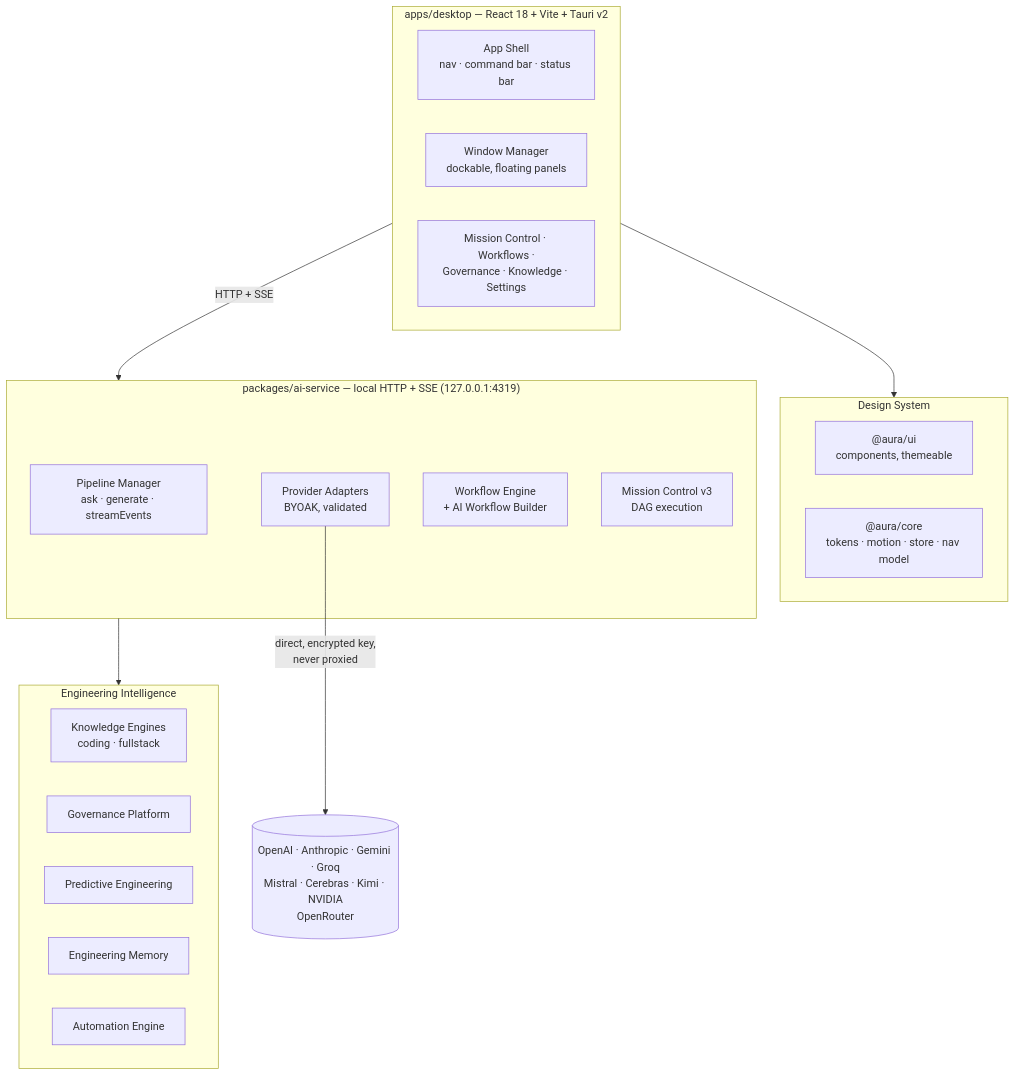
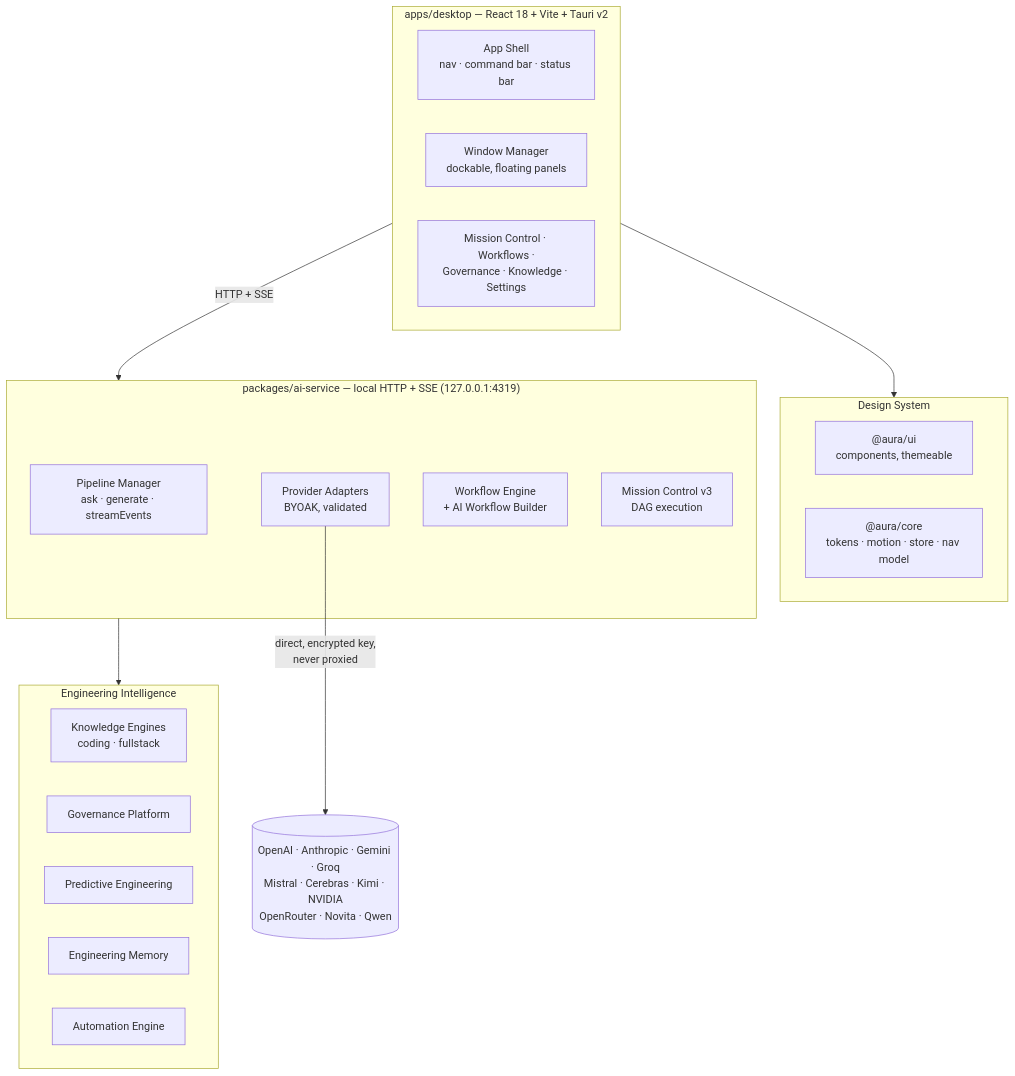
One commit to Aura-hub-ai-native-workspace/aura-hub changed the diagram in README.md. Above: the diagram before and after it, drawn with Mermaid. The commit also changed other lines of this file and 6 other files, not shown here.

````diff
--- a/README.md
+++ b/README.md
@@ -113,35 +113,35 @@
 ```mermaid
 graph TD
     subgraph Desktop["apps/desktop — React 18 + Vite + Tauri v2"]
         Shell["App Shell<br/>nav · command bar · status bar"]
         Workspace["Window Manager<br/>dockable, floating panels"]
         Screens["Mission Control · Workflows ·<br/>Governance · Knowledge · Settings"]
     end
 
     subgraph Design["Design System"]
         UI["@aura/ui<br/>components, themeable"]
         Core["@aura/core<br/>tokens · motion · store · nav model"]
     end
 
     subgraph Backend["packages/ai-service — local HTTP + SSE (127.0.0.1:4319)"]
         Pipeline["Pipeline Manager<br/>ask · generate · streamEvents"]
         Provider["Provider Adapters<br/>BYOAK, validated"]
         Workflow["Workflow Engine<br/>+ AI Workflow Builder"]
         Mission["Mission Control v3<br/>DAG execution"]
     end
 
     subgraph Intelligence["Engineering Intelligence"]
         Knowledge["Knowledge Engines<br/>coding · fullstack"]
         Governance["Governance Platform"]
         Predictive["Predictive Engineering"]
         Memory["Engineering Memory"]
         Automation["Automation Engine"]
     end
 
-    Providers[("OpenAI · Anthropic · Gemini · Groq<br/>Mistral · Cerebras · Kimi · NVIDIA<br/>OpenRouter")]
+    Providers[("OpenAI · Anthropic · Gemini · Groq<br/>Mistral · Cerebras · Kimi · NVIDIA<br/>OpenRouter · Novita · Qwen")]
 
     Desktop --> Design
     Desktop -->|"HTTP + SSE"| Backend
     Backend --> Intelligence
     Provider -->|"direct, encrypted key,<br/>never proxied"| Providers
 ```
````
